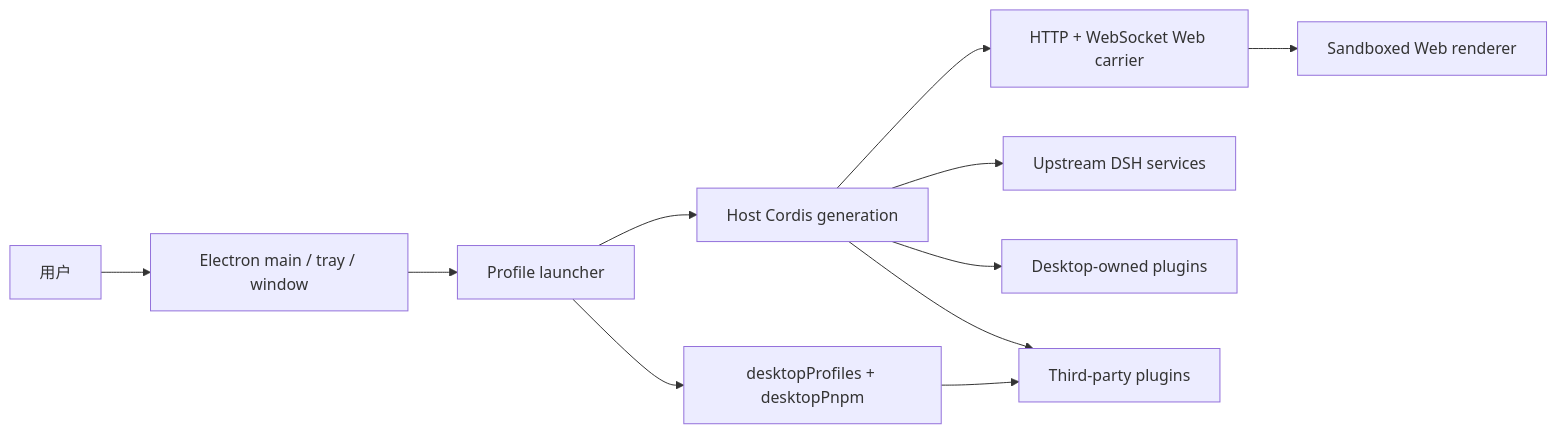
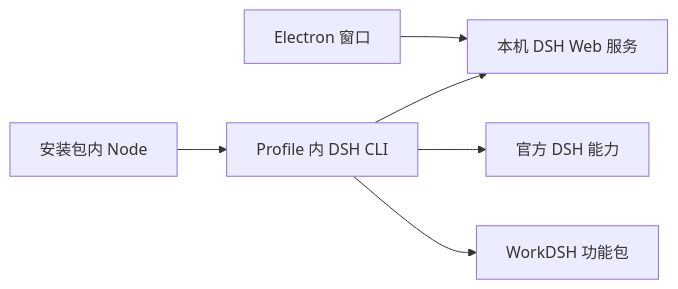
The diagram in docs/architecture.md (techflag/workdsh), drawn with Mermaid before and after one commit. The commit also changed other lines of this file and 968 other files, not shown here.

Commit message:
Clean Desktop carrier and enforce one DSH version

````diff
--- a/docs/architecture.md
+++ b/docs/architecture.md
@@ -7,13 +7,8 @@
 ```mermaid
 flowchart LR
-  User[用户] --> Native[Electron main / tray / window]
-  Native --> Launcher[Profile launcher]
-  Launcher --> Host[Host Cordis generation]
-  Host --> Carrier[HTTP + WebSocket Web carrier]
-  Carrier --> Renderer[Sandboxed Web renderer]
-  Host --> Upstream[Upstream DSH services]
-  Host --> Desktop[Desktop-owned plugins]
-  Host --> ThirdParty[Third-party plugins]
-  Launcher --> Services[desktopProfiles + desktopPnpm]
-  Services --> ThirdParty
+  Electron[Electron 窗口] --> Local[本机 DSH Web 服务]
+  Node[安装包内 Node] --> CLI[Profile 内 DSH CLI]
+  CLI --> Local
+  CLI --> Official[官方 DSH 能力]
+  CLI --> WorkDSH[WorkDSH 功能包]
 ```
````
